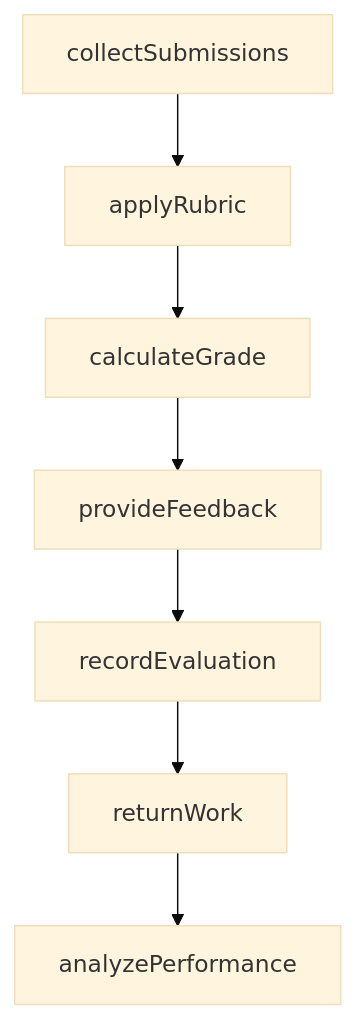
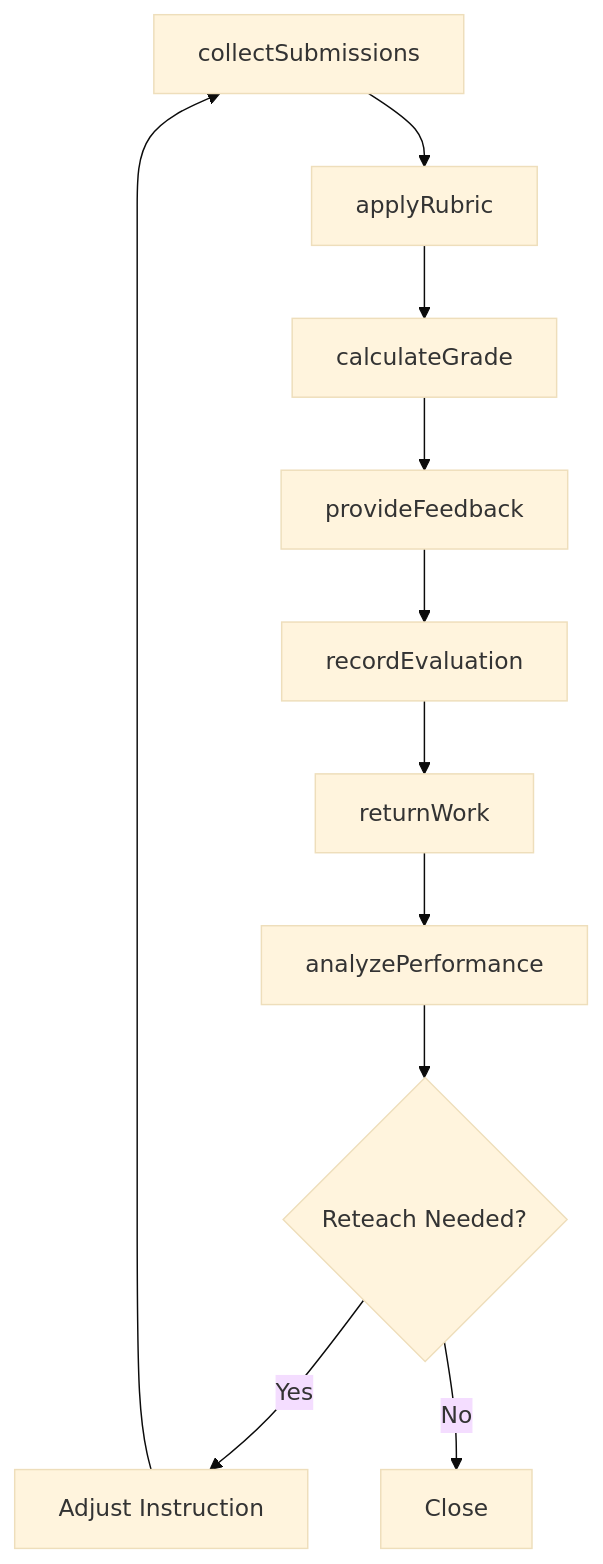
Before and after one commit to dot-org-ai/tasks.org.ai: the third of 4 diagrams in JudgingTheQualitiesOfObjectsServicesOrPeople/AssessStudentCapabilitiesNeedsOrPerformance/EvaluateStudentWork.mdx, drawn with Mermaid (base theme). The commit also changed other lines of this file and 266 other files, not shown here.

First line of the commit message:
feat: Add ER diagrams, state diagrams to wave 2 batch (251 DWA files)

````diff
--- a/JudgingTheQualitiesOfObjectsServicesOrPeople/AssessStudentCapabilitiesNeedsOrPerformance/EvaluateStudentWork.mdx
+++ b/JudgingTheQualitiesOfObjectsServicesOrPeople/AssessStudentCapabilitiesNeedsOrPerformance/EvaluateStudentWork.mdx
@@ -87,9 +114,13 @@
 ```mermaid
 graph TD
     A[collectSubmissions] --> B[applyRubric]
     B --> C[calculateGrade]
     C --> D[provideFeedback]
     D --> E[recordEvaluation]
     E --> F[returnWork]
     F --> G[analyzePerformance]
+    G --> H{Reteach Needed?}
+    H -->|Yes| I[Adjust Instruction]
+    I --> A
+    H -->|No| J[Close]
 ```
````
